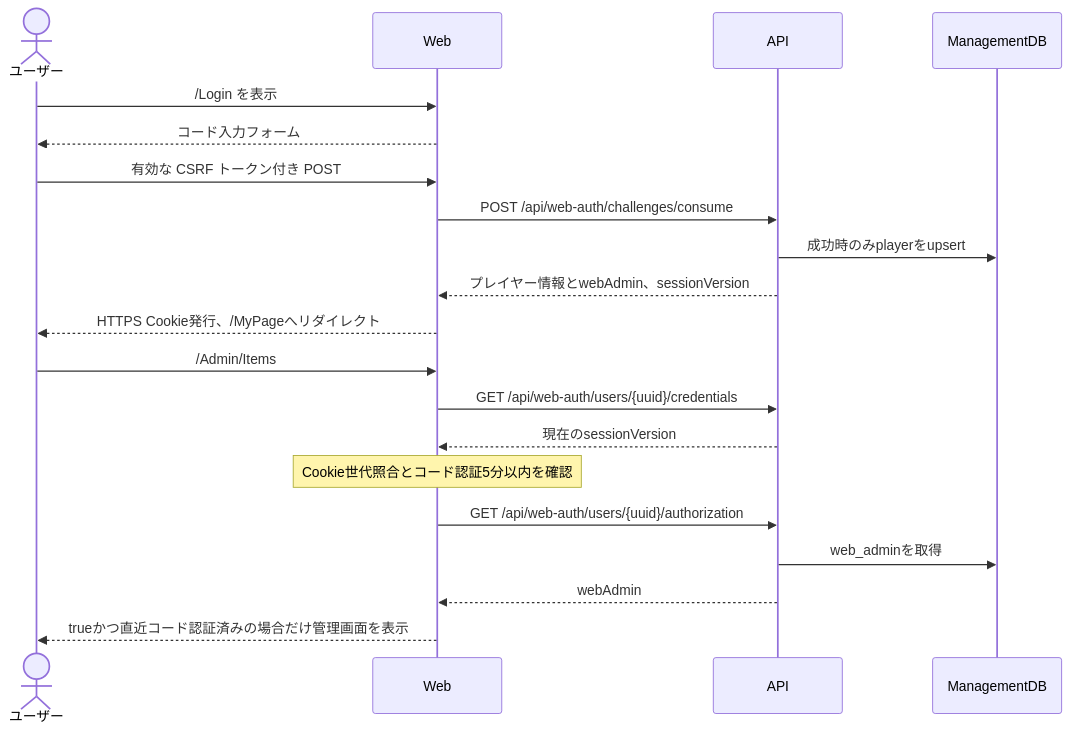
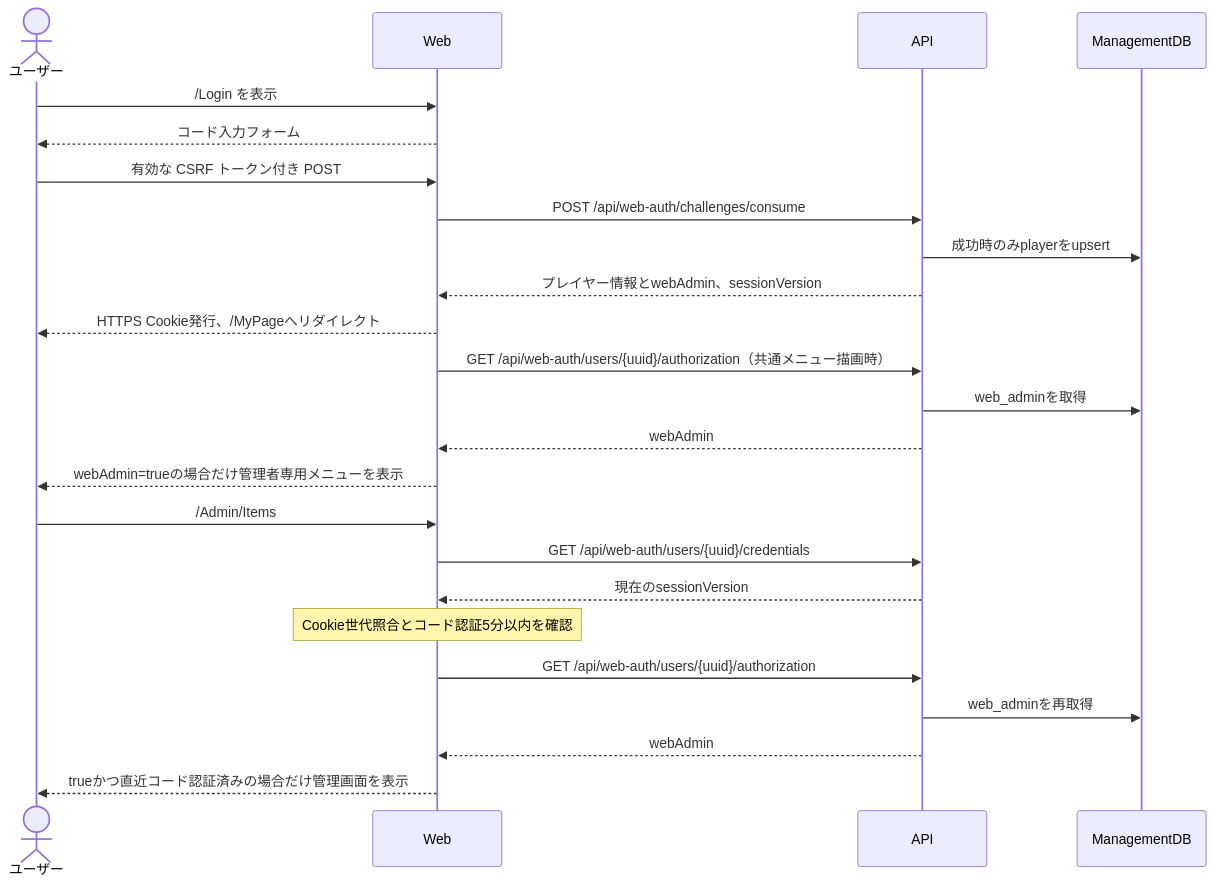
Before and after one commit to maaasu/AstralRecord-Workspace: the diagram in 00_docs/30_WEB設計書/feature/01-web-auth/4-統合フロー/01_4.00-統合フロー.md, drawn with Mermaid. The commit also changed 8 other files, not shown here.

````diff
--- a/00_docs/30_WEB設計書/feature/01-web-auth/4-統合フロー/01_4.00-統合フロー.md
+++ b/00_docs/30_WEB設計書/feature/01-web-auth/4-統合フロー/01_4.00-統合フロー.md
@@ -3,22 +3,26 @@
 ```mermaid
 sequenceDiagram
     actor User as ユーザー
     participant Web
     participant API
     participant ManagementDB
     User->>Web: /Login を表示
     Web-->>User: コード入力フォーム
     User->>Web: 有効な CSRF トークン付き POST
     Web->>API: POST /api/web-auth/challenges/consume
     API->>ManagementDB: 成功時のみplayerをupsert
     API-->>Web: プレイヤー情報とwebAdmin、sessionVersion
     Web-->>User: HTTPS Cookie発行、/MyPageへリダイレクト
+    Web->>API: GET /api/web-auth/users/{uuid}/authorization（共通メニュー描画時）
+    API->>ManagementDB: web_adminを取得
+    API-->>Web: webAdmin
+    Web-->>User: webAdmin=trueの場合だけ管理者専用メニューを表示
     User->>Web: /Admin/Items
     Web->>API: GET /api/web-auth/users/{uuid}/credentials
     API-->>Web: 現在のsessionVersion
     Note over Web: Cookie世代照合とコード認証5分以内を確認
     Web->>API: GET /api/web-auth/users/{uuid}/authorization
-    API->>ManagementDB: web_adminを取得
+    API->>ManagementDB: web_adminを再取得
     API-->>Web: webAdmin
     Web-->>User: trueかつ直近コード認証済みの場合だけ管理画面を表示
 ```
````
